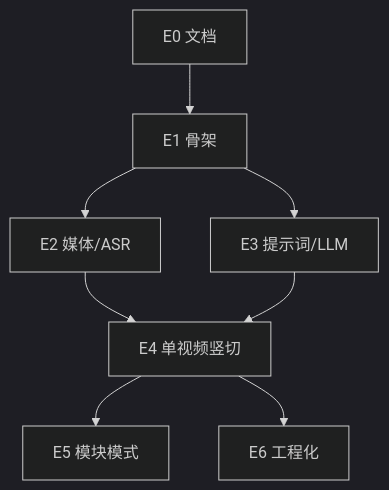
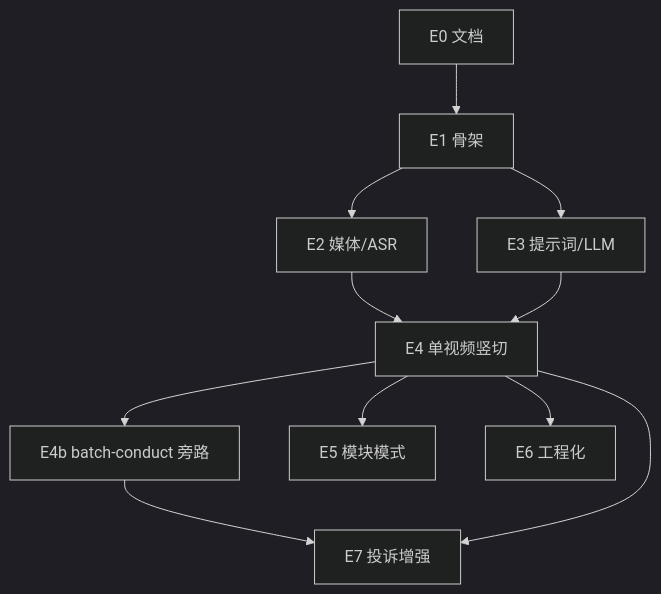
One commit to IdEvEbI/lesson-review-ai changed the diagram in docs/03-delivery/001_issue-map_竖切与Issue清单.md. Above: the diagram before and after it, drawn with Mermaid (dark theme). The commit also changed other lines of this file and 5 other files, not shown here.

First line of the commit message:
docs(delivery): record E4b batch-conduct and E7 investigation drafts

````diff
--- a/docs/03-delivery/001_issue-map_竖切与Issue清单.md
+++ b/docs/03-delivery/001_issue-map_竖切与Issue清单.md
@@ -81,10 +113,13 @@
 ```mermaid
 flowchart TD
   E01[E0 文档] --> E11[E1 骨架]
   E11 --> E21[E2 媒体/ASR]
   E11 --> E31[E3 提示词/LLM]
   E21 --> E41[E4 单视频竖切]
   E31 --> E41
+  E41 --> E4b[E4b batch-conduct 旁路]
   E41 --> E51[E5 模块模式]
   E41 --> E61[E6 工程化]
+  E4b --> E71[E7 投诉增强]
+  E41 --> E71
 ```
````
